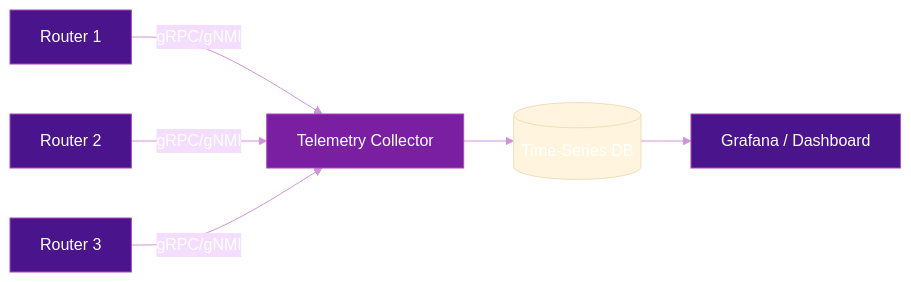
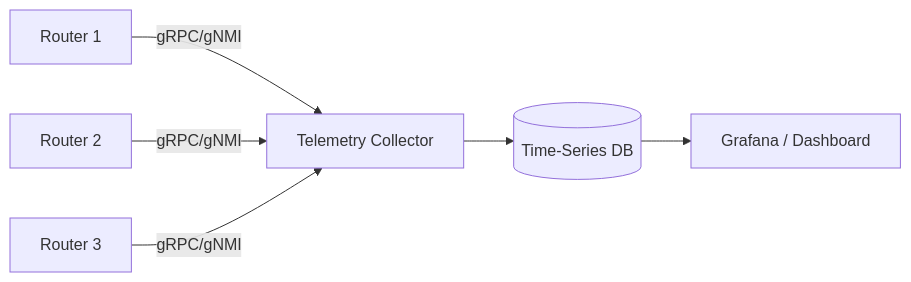
The diagram in docs/topics/telemetry.md (eldaninavas/srv6.md), drawn with Mermaid before and after one commit. The commit also changed 29 other files, not shown here.

First line of the commit message:
fix(mermaid): apply theme-aware colors site-wide

````diff
--- a/docs/topics/telemetry.md
+++ b/docs/topics/telemetry.md
@@ -34,15 +34,8 @@
 ```mermaid
-%%{init: {"theme": "base", "themeVariables": {"primaryTextColor": "#fff", "lineColor": "#ce93d8", "textColor": "#fff"}}}%%
 graph LR
     R1[Router 1] -->|gRPC/gNMI| C[Telemetry Collector]
     R2[Router 2] -->|gRPC/gNMI| C
     R3[Router 3] -->|gRPC/gNMI| C
     C --> TS[(Time-Series DB)]
     TS --> G[Grafana / Dashboard]
-
-    style C fill:#7b1fa2,color:#fff,stroke:#ab47bc
-    style G fill:#4a148c,color:#fff,stroke:#ab47bc
-    style R1 fill:#4a148c,color:#fff,stroke:#ab47bc
-    style R2 fill:#4a148c,color:#fff,stroke:#ab47bc
-    style R3 fill:#4a148c,color:#fff,stroke:#ab47bc
 ```
````
